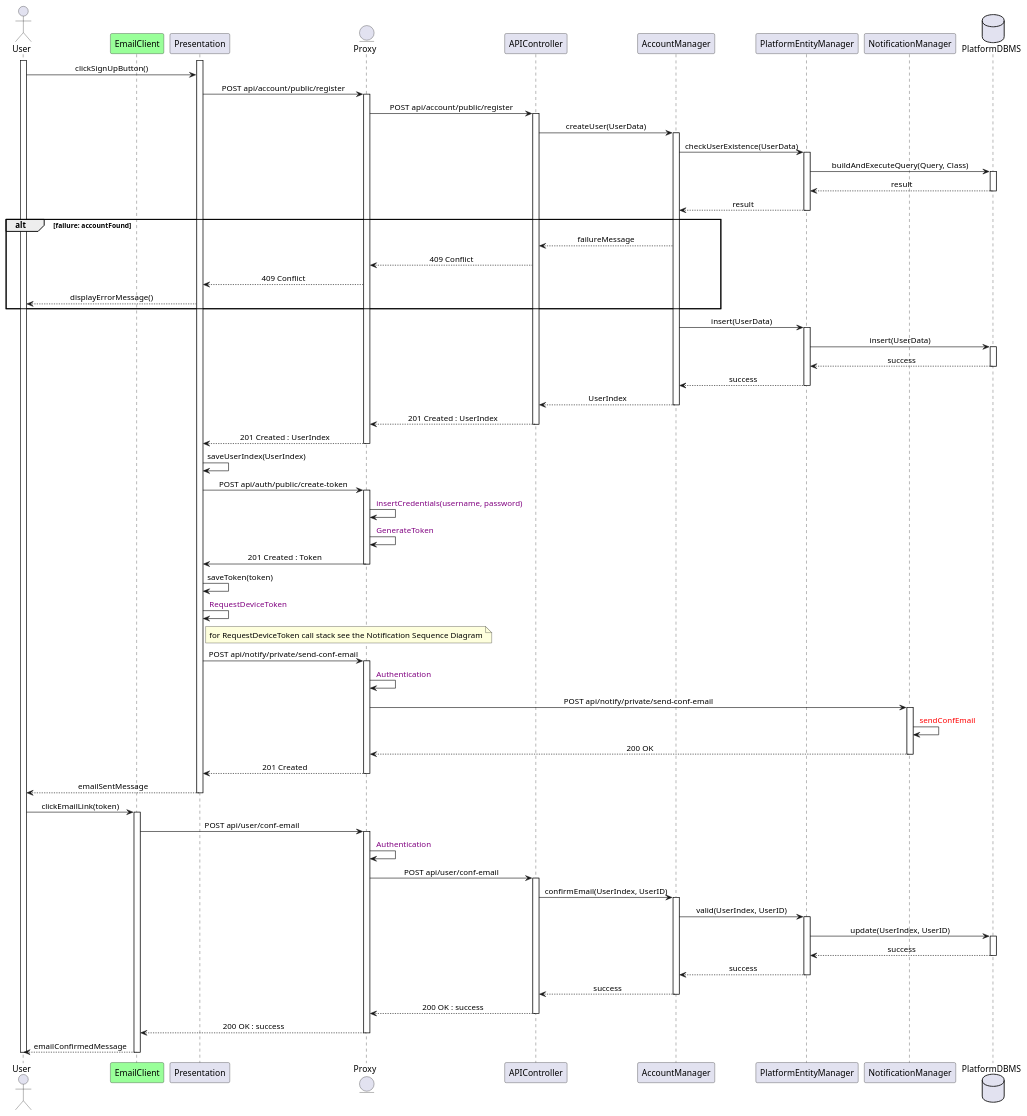
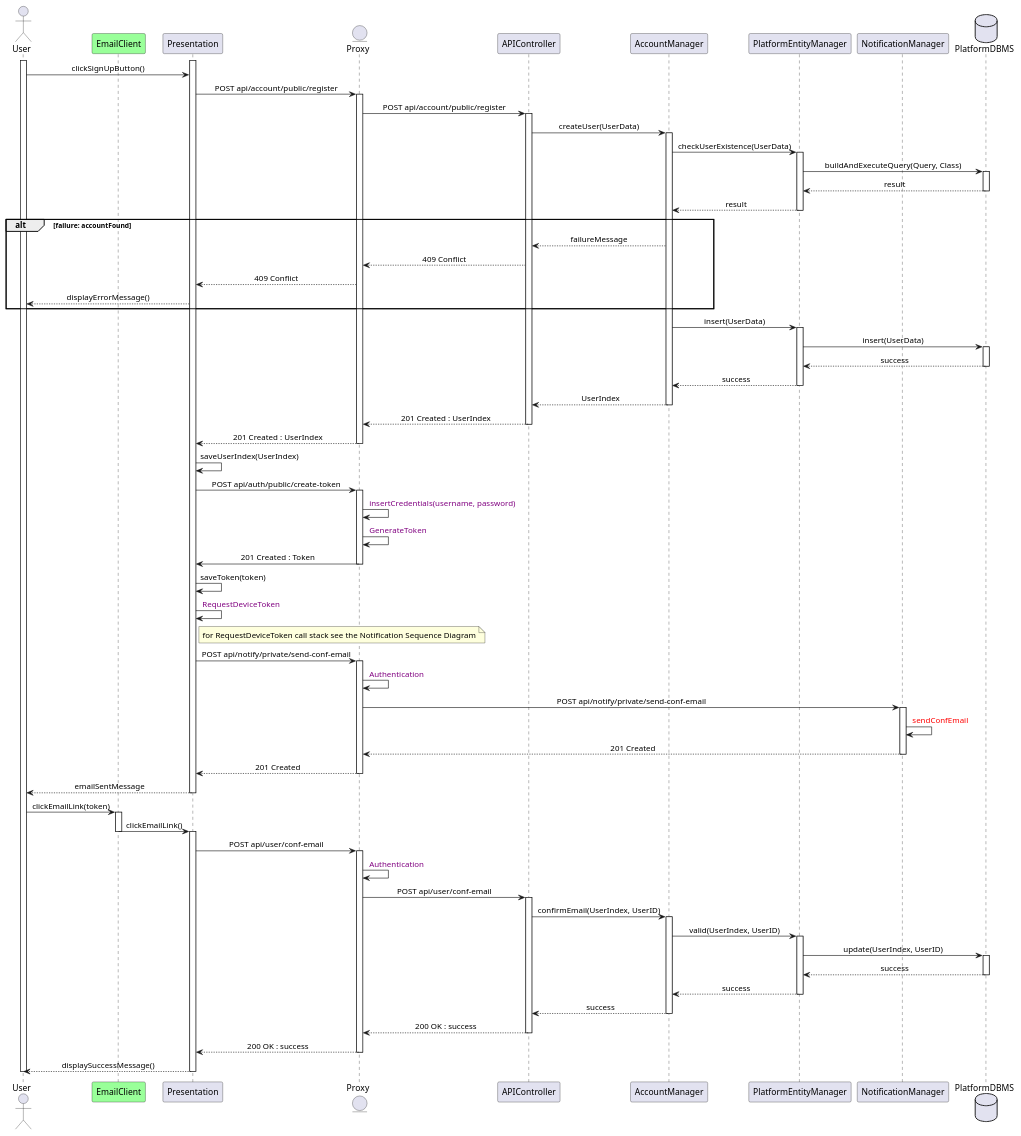
One commit to Slaitroc/RicciPaoliGrisoni changed the diagram in Diagrams/SequenceDiagrams/DD/1UserRegistration.wsd. Above: the diagram before and after it, drawn with PlantUML.

Commit message:
Update user registration sequence diagram to reflect correct HTTP status codes and flow adjustments

```diff
--- a/Diagrams/SequenceDiagrams/DD/1UserRegistration.wsd
+++ b/Diagrams/SequenceDiagrams/DD/1UserRegistration.wsd
@@ -2,104 +2,106 @@
 @startuml Registration
 skinparam sequenceMessageAlign center
 actor       User
 participant EmailClient #99FF99
 participant Presentation
 entity      Proxy
 participant APIController
 participant AccountManager
 participant PlatformEntityManager
 participant NotificationManager
 database    PlatformDBMS
 activate User
 activate Presentation
 User -> Presentation : clickSignUpButton()
 Presentation -> Proxy : POST api/account/public/register
 activate Proxy
 Proxy -> APIController : POST api/account/public/register
 activate APIController
 APIController -> AccountManager : createUser(UserData)
 activate AccountManager
 AccountManager -> PlatformEntityManager : checkUserExistence(UserData)
 activate PlatformEntityManager
 PlatformEntityManager -> PlatformDBMS : buildAndExecuteQuery(Query, Class)
 activate PlatformDBMS
 PlatformDBMS --> PlatformEntityManager : result
 deactivate PlatformDBMS
 PlatformEntityManager --> AccountManager : result
 deactivate PlatformEntityManager
 alt failure: accountFound
 AccountManager --> APIController : failureMessage
 APIController --> Proxy : 409 Conflict
 Proxy --> Presentation : 409 Conflict
 Presentation --> User : displayErrorMessage()
 end
 AccountManager -> PlatformEntityManager : insert(UserData)
 activate PlatformEntityManager
 PlatformEntityManager -> PlatformDBMS : insert(UserData)
 activate PlatformDBMS
 PlatformDBMS --> PlatformEntityManager : success
 deactivate PlatformDBMS
 PlatformEntityManager --> AccountManager : success
 deactivate PlatformEntityManager
 AccountManager --> APIController : UserIndex
 deactivate AccountManager
 APIController --> Proxy : 201 Created : UserIndex
 deactivate APIController
 Proxy --> Presentation : 201 Created : UserIndex
 deactivate Proxy
 Presentation -> Presentation : saveUserIndex(UserIndex)
 Presentation -> Proxy : POST api/auth/public/create-token
 activate Proxy
 Proxy -> Proxy  : <color:purple> insertCredentials(username, password)
 Proxy -> Proxy : <color:purple> GenerateToken
 Proxy -> Presentation : 201 Created : Token
 deactivate Proxy
 ' Proxy -> Authenticator: POST api/user/create-token
 ' activate Authenticator
 ' Authenticator -> Authenticator : generateToken()
 ' Authenticator --> Proxy : 201 Created : Token
 ' deactivate Authenticator
 ' Proxy --> Presentation : 201 Created : Token
 Presentation -> Presentation : saveToken(token)
 Presentation -> Presentation : <color:purple> RequestDeviceToken
 note right of Presentation : for RequestDeviceToken call stack see the Notification Sequence Diagram 
 Presentation -> Proxy : POST api/notify/private/send-conf-email
 activate Proxy
 Proxy -> Proxy : <color:purple> Authentication
 Proxy -> NotificationManager : POST api/notify/private/send-conf-email
 activate NotificationManager
 NotificationManager -> NotificationManager : <color:red> sendConfEmail
-NotificationManager --> Proxy : 200 OK
+NotificationManager --> Proxy : 201 Created
 deactivate NotificationManager
 Proxy --> Presentation : 201 Created
 deactivate Proxy
 Presentation --> User : emailSentMessage
 deactivate Presentation
 User -> EmailClient : clickEmailLink(token)
 activate EmailClient
-EmailClient -> Proxy : POST api/user/conf-email
+EmailClient -> Presentation : clickEmailLink()
+deactivate EmailClient
+activate Presentation
+Presentation -> Proxy : POST api/user/conf-email
 activate Proxy
 Proxy -> Proxy : <color:purple> Authentication
 Proxy -> APIController : POST api/user/conf-email
 activate APIController
 APIController -> AccountManager : confirmEmail(UserIndex, UserID)
 activate AccountManager
 AccountManager -> PlatformEntityManager : valid(UserIndex, UserID) 
 activate PlatformEntityManager
 PlatformEntityManager -> PlatformDBMS : update(UserIndex, UserID)
 activate PlatformDBMS
 PlatformDBMS --> PlatformEntityManager : success
 deactivate PlatformDBMS
 PlatformEntityManager --> AccountManager : success
 deactivate PlatformEntityManager
 AccountManager --> APIController : success
 deactivate AccountManager
 APIController --> Proxy : 200 OK : success
 deactivate APIController
-Proxy --> EmailClient :  200 OK : success
+Proxy --> Presentation : 200 OK : success
 deactivate Proxy
-EmailClient --> User : emailConfirmedMessage
-deactivate EmailClient
-deactivate Proxy
+Presentation --> User : displaySuccessMessage()
+deactivate Presentation
 deactivate User 
 @enduml
```
